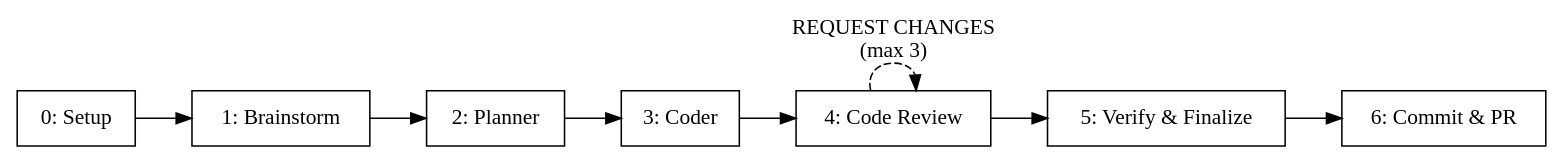
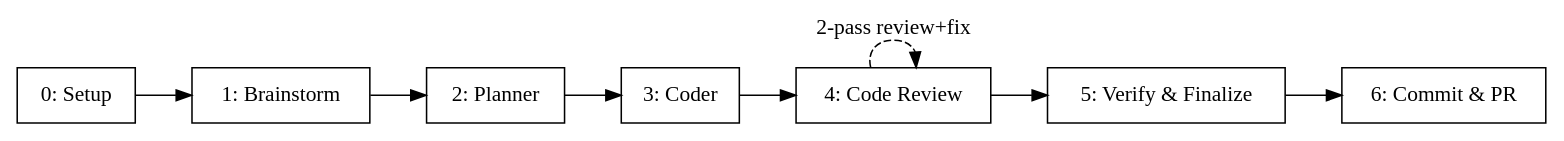
One commit to vertexcover-io/harness-engineering changed the diagram in skills/orchestrate/SKILL.md. Above: the diagram before and after it, drawn with Graphviz. The commit also changed other lines of this file and 2 other files, not shown here.

````diff
--- a/skills/orchestrate/SKILL.md
+++ b/skills/orchestrate/SKILL.md
@@ -169,18 +169,18 @@
 ```dot
 digraph pipeline {
   rankdir=LR
   node [shape=box]
 
   stage_0 [label="0: Setup"]
   stage_1 [label="1: Brainstorm"]
   stage_2 [label="2: Planner"]
   stage_3 [label="3: Coder"]
   stage_4 [label="4: Code Review"]
   stage_5 [label="5: Verify & Finalize"]
   stage_6 [label="6: Commit & PR"]
 
   stage_0 -> stage_1 -> stage_2 -> stage_3
   stage_3 -> stage_4 -> stage_5 -> stage_6
-  stage_4 -> stage_4 [label="REQUEST CHANGES\n(max 3)" style=dashed]
+  stage_4 -> stage_4 [label="2-pass review+fix" style=dashed]
 }
 ```
````
